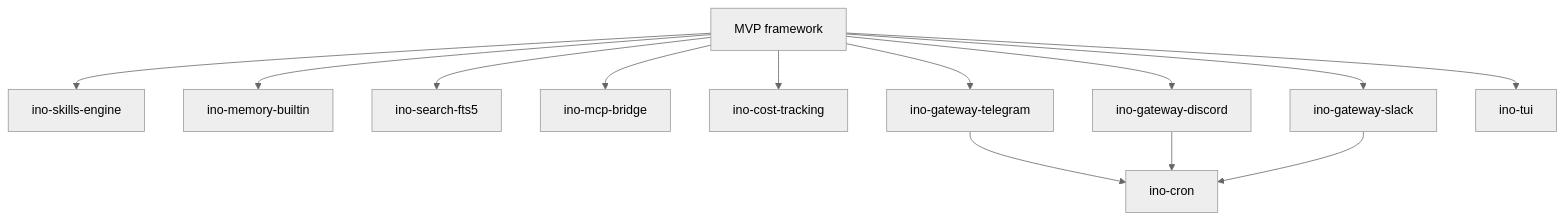
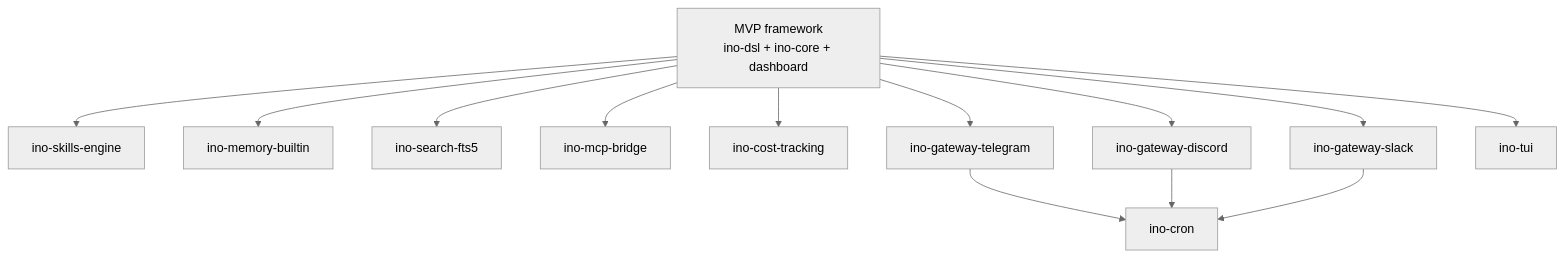
Before and after one commit to khorum-oss/ino: the second of 2 diagrams in docs/roadmap.md, drawn with Mermaid (neutral theme). The commit also changed other lines of this file and 3 other files, not shown here.

Commit message:
Update roadmap and architecture docs to reflect Koog integration replacing custom engine and provider SPIs

````diff
--- a/docs/roadmap.md
+++ b/docs/roadmap.md
@@ -87,28 +85,28 @@
 ```mermaid
 flowchart TB
-    MVP[MVP framework]
+    MVP[MVP framework<br/>ino-dsl + ino-core + dashboard]
     SK[ino-skills-engine]
     MEM[ino-memory-builtin]
     FTS[ino-search-fts5]
     MCP[ino-mcp-bridge]
     CRON[ino-cron]
     COST[ino-cost-tracking]
     TG[ino-gateway-telegram]
     DC[ino-gateway-discord]
     SL[ino-gateway-slack]
     TUI[ino-tui]
 
     MVP --> SK
     MVP --> MEM
     MVP --> FTS
     MVP --> MCP
     MVP --> COST
     MVP --> TUI
 
     TG --> CRON
     DC --> CRON
     SL --> CRON
     MVP --> TG
     MVP --> DC
     MVP --> SL
 ```
````
